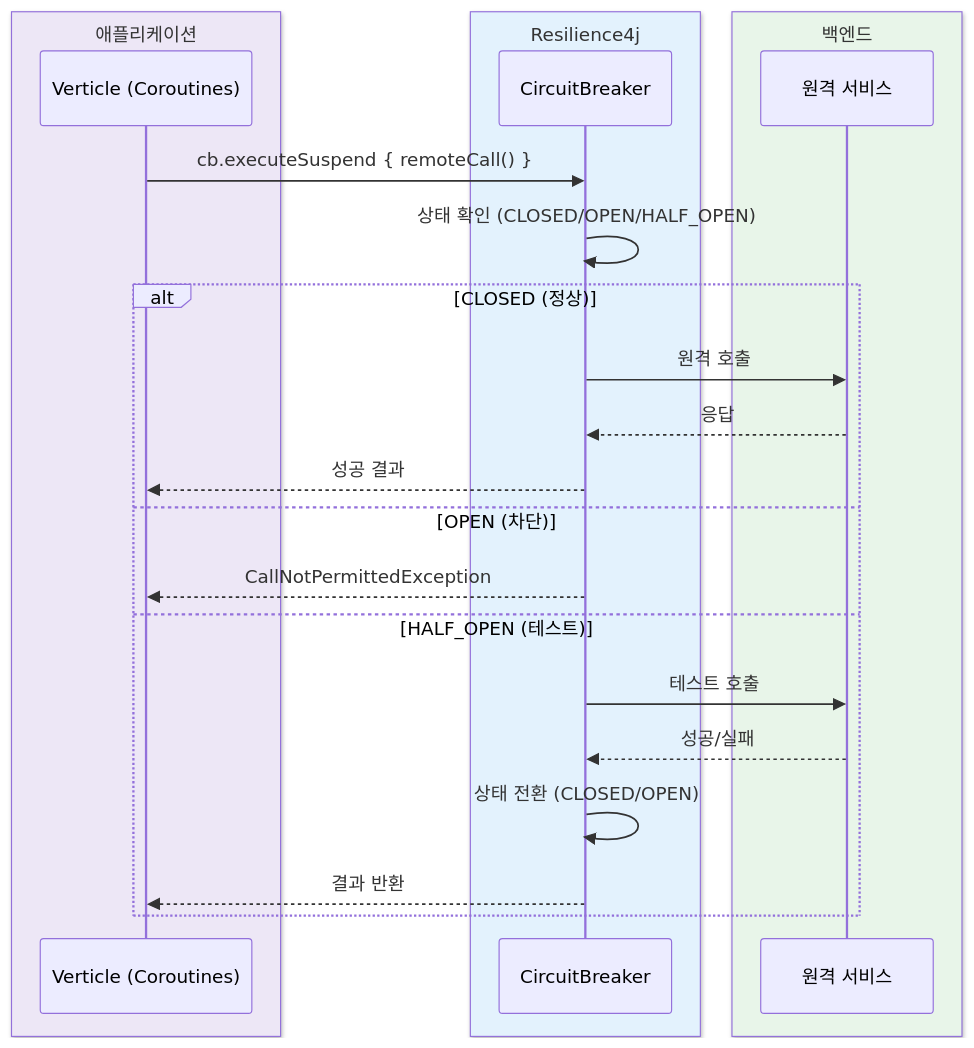
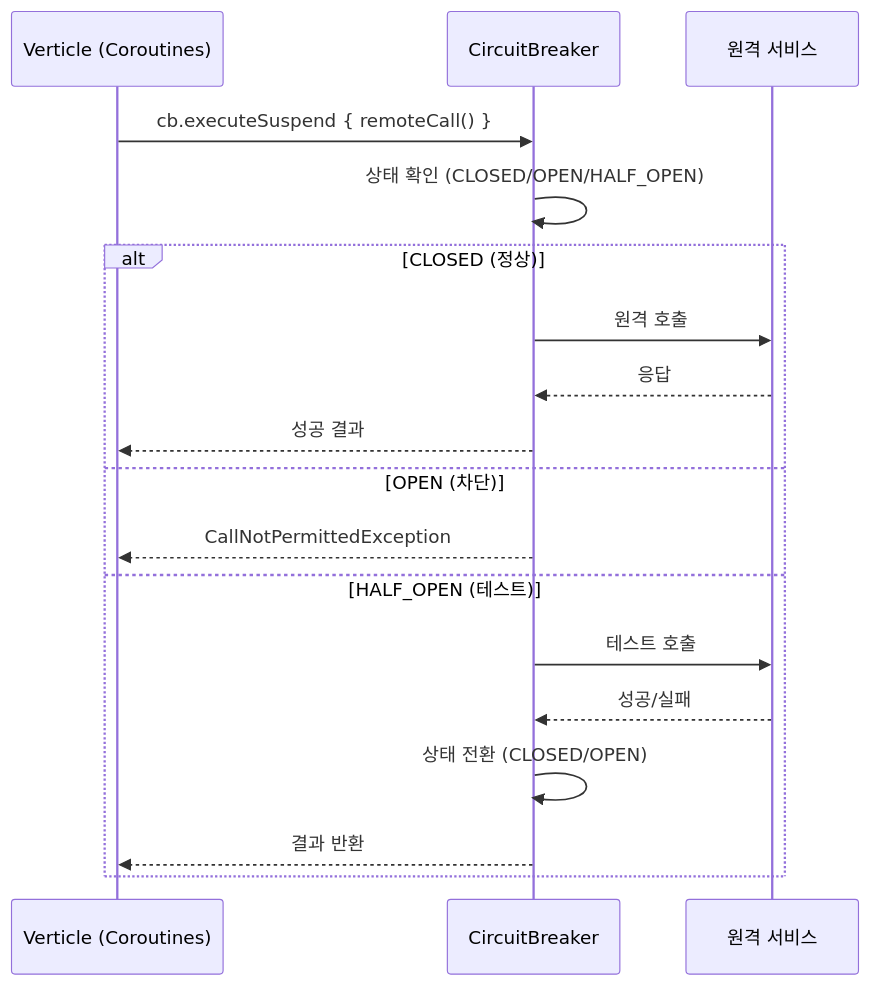
One commit to bluetape4k/bluetape4k-projects changed the third of 4 diagrams in io/vertx/README.ko.md. Above: the diagram before and after it, drawn with Mermaid. The commit also changed other lines of this file and 219 other files, not shown here.

First line of the commit message:
docs: 전체 README Mermaid 다이어그램 가이드 적용

````diff
--- a/io/vertx/README.ko.md
+++ b/io/vertx/README.ko.md
@@ -149,28 +149,22 @@
 ```mermaid
 sequenceDiagram
-    box rgb(237, 231, 246) 애플리케이션
         participant 앱 as Verticle (Coroutines)
-    end
-    box rgb(227, 242, 253) Resilience4j
         participant CB as CircuitBreaker
-    end
-    box rgb(232, 245, 233) 백엔드
         participant SVC as 원격 서비스
-    end
 
     앱->>CB: cb.executeSuspend { remoteCall() }
     CB->>CB: 상태 확인 (CLOSED/OPEN/HALF_OPEN)
 
     alt CLOSED (정상)
         CB->>SVC: 원격 호출
         SVC-->>CB: 응답
         CB-->>앱: 성공 결과
     else OPEN (차단)
         CB-->>앱: CallNotPermittedException
     else HALF_OPEN (테스트)
         CB->>SVC: 테스트 호출
         SVC-->>CB: 성공/실패
         CB->>CB: 상태 전환 (CLOSED/OPEN)
         CB-->>앱: 결과 반환
     end
 ```
````
